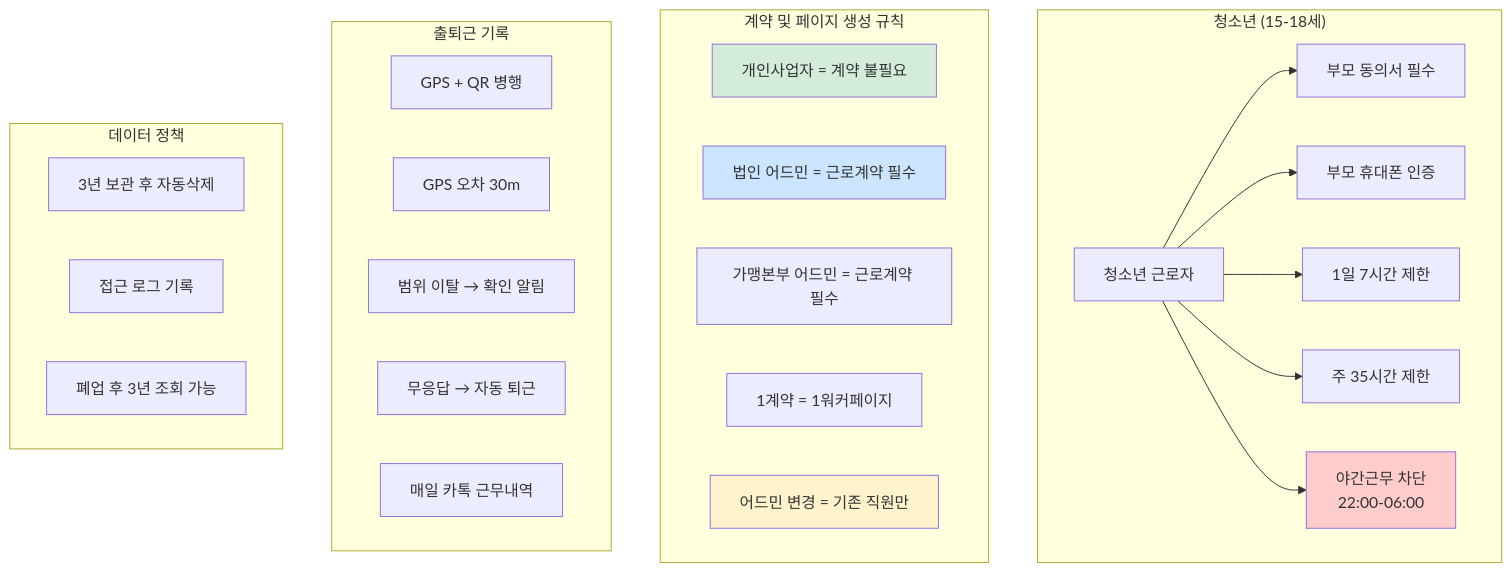
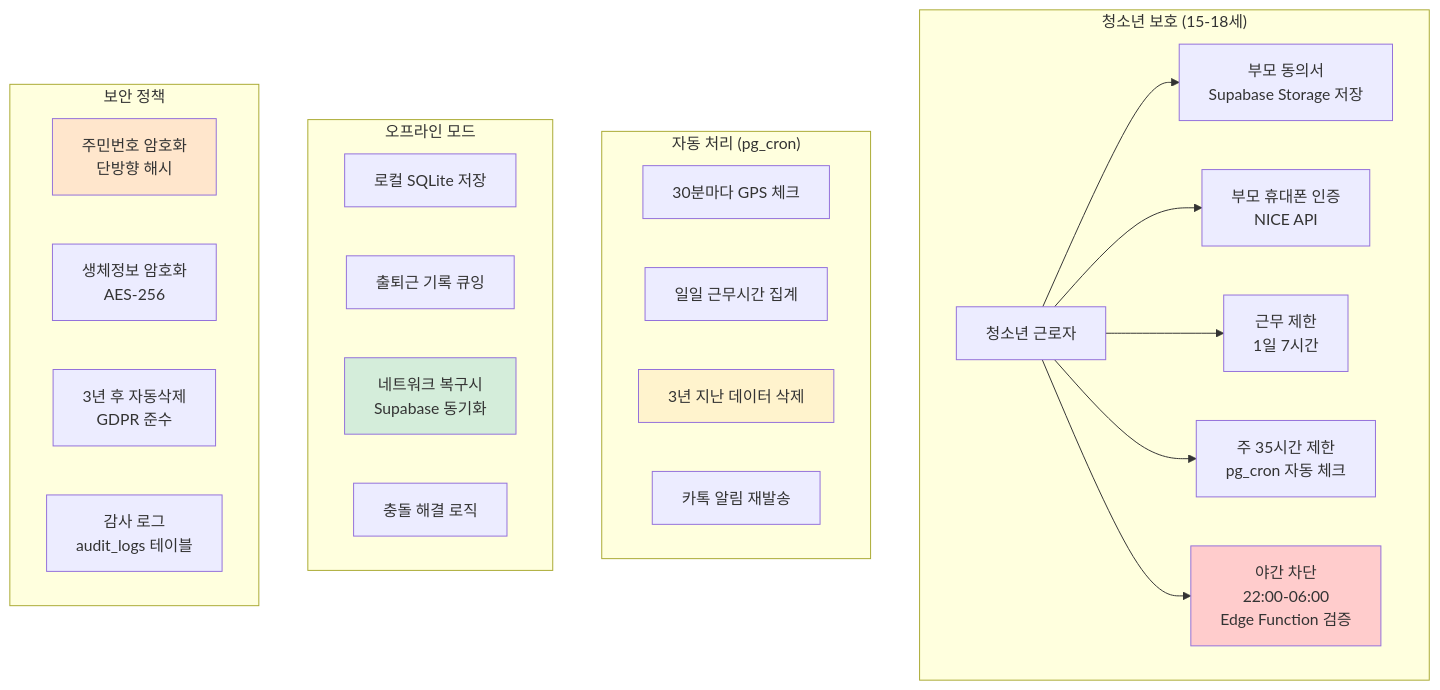
The ninth of 11 diagrams in services/attendance/user-permission-diagram.md (crazybass81/DOT), drawn with Mermaid before and after one commit. The commit also changed other lines of this file, not shown here.

Commit message:
[Auto-sync] 2025-09-03 04:36:21

````diff
--- a/services/attendance/user-permission-diagram.md
+++ b/services/attendance/user-permission-diagram.md
@@ -340,38 +528,37 @@
 ```mermaid
 graph TB
-    subgraph "청소년 (15-18세)"
+    subgraph "청소년 보호 (15-18세)"
         Teen[청소년 근로자]
-        Teen --> T1[부모 동의서 필수]
-        Teen --> T2[부모 휴대폰 인증]
-        Teen --> T3[1일 7시간 제한]
-        Teen --> T4[주 35시간 제한]
-        Teen --> T5[야간근무 차단<br/>22:00-06:00]
+        Teen --> T1[부모 동의서<br/>Supabase Storage 저장]
+        Teen --> T2[부모 휴대폰 인증<br/>NICE API]
+        Teen --> T3[근무 제한<br/>1일 7시간]
+        Teen --> T4[주 35시간 제한<br/>pg_cron 자동 체크]
+        Teen --> T5[야간 차단<br/>22:00-06:00<br/>Edge Function 검증]
     end
     
-    subgraph "계약 및 페이지 생성 규칙"
-        Rule1[개인사업자 = 계약 불필요]
-        Rule2[법인 어드민 = 근로계약 필수]
-        Rule3[가맹본부 어드민 = 근로계약 필수]
-        Rule4[1계약 = 1워커페이지]
-        Rule5[어드민 변경 = 기존 직원만]
+    subgraph "자동 처리 (pg_cron)"
+        Auto1[30분마다 GPS 체크]
+        Auto2[일일 근무시간 집계]
+        Auto3[3년 지난 데이터 삭제]
+        Auto4[카톡 알림 재발송]
     end
     
-    subgraph "출퇴근 기록"
-        Check1[GPS + QR 병행]
-        Check2[GPS 오차 30m]
-        Check3[범위 이탈 → 확인 알림]
-        Check4[무응답 → 자동 퇴근]
-        Check5[매일 카톡 근무내역]
+    subgraph "오프라인 모드"
+        Off1[로컬 SQLite 저장]
+        Off2[출퇴근 기록 큐잉]
+        Off3[네트워크 복구시<br/>Supabase 동기화]
+        Off4[충돌 해결 로직]
     end
     
-    subgraph "데이터 정책"
-        Data1[3년 보관 후 자동삭제]
-        Data2[접근 로그 기록]
-        Data3[폐업 후 3년 조회 가능]
+    subgraph "보안 정책"
+        Sec1[주민번호 암호화<br/>단방향 해시]
+        Sec2[생체정보 암호화<br/>AES-256]
+        Sec3[3년 후 자동삭제<br/>GDPR 준수]
+        Sec4[감사 로그<br/>audit_logs 테이블]
     end
     
     style T5 fill:#ffcccc
-    style Rule1 fill:#d4edda
-    style Rule2 fill:#cce5ff
-    style Rule5 fill:#fff3cd
+    style Auto3 fill:#fff3cd
+    style Off3 fill:#d4edda
+    style Sec1 fill:#ffe6cc
 ```
````
